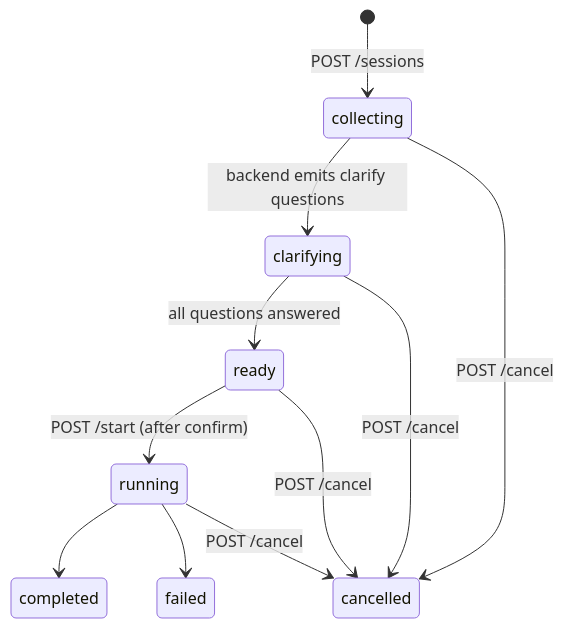
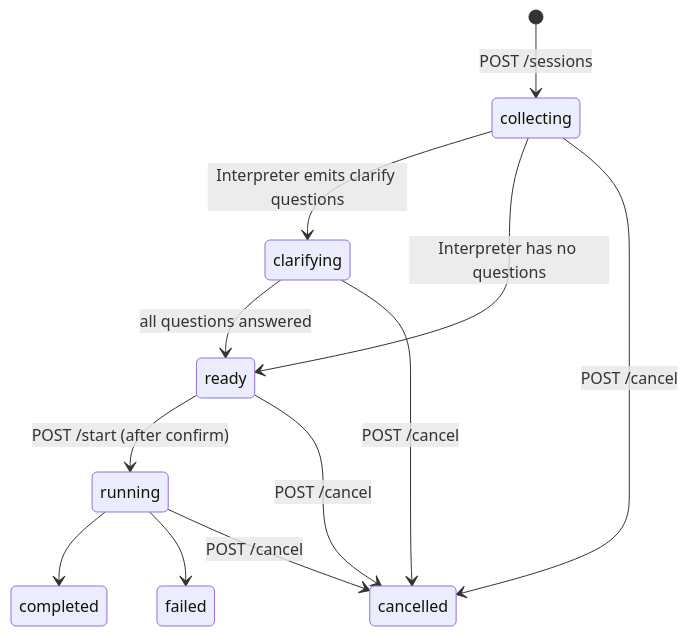
The diagram in docs/contracts/chat-console-api.md (MWilk97/sprint-crew-v2), drawn with Mermaid before and after one commit. The commit also changed other lines of this file and 26 other files, not shown here.

````diff
--- a/docs/contracts/chat-console-api.md
+++ b/docs/contracts/chat-console-api.md
@@ -21,13 +23,14 @@
 ```mermaid
 stateDiagram-v2
   [*] --> collecting: POST /sessions
-  collecting --> clarifying: backend emits clarify questions
+  collecting --> clarifying: Interpreter emits clarify questions
+  collecting --> ready: Interpreter has no questions
   clarifying --> ready: all questions answered
   ready --> running: POST /start (after confirm)
   running --> completed
   running --> failed
   collecting --> cancelled: POST /cancel
   clarifying --> cancelled: POST /cancel
   ready --> cancelled: POST /cancel
   running --> cancelled: POST /cancel
 ```
````
